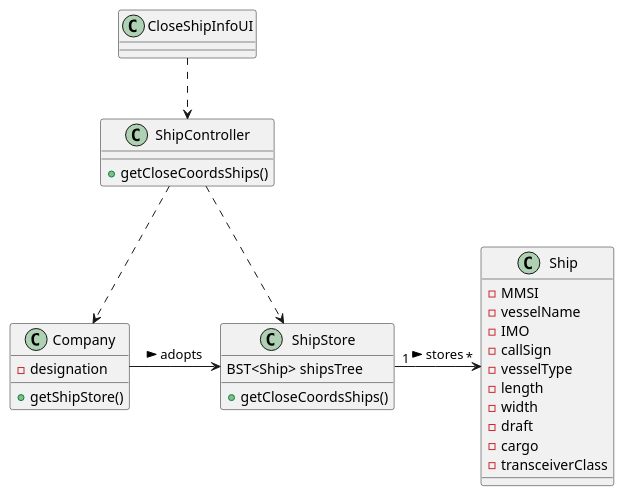
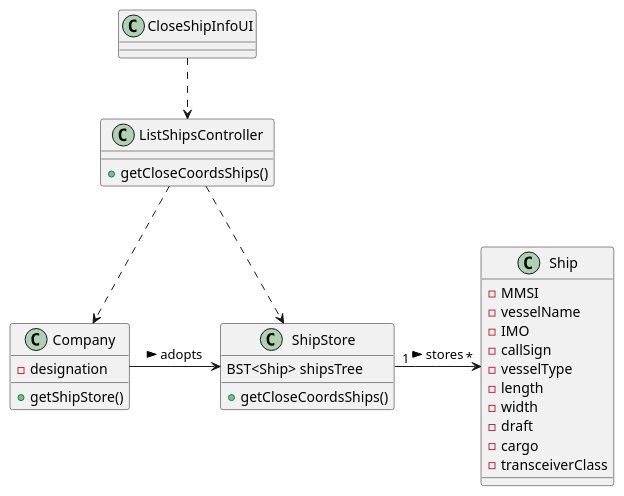
Before and after one commit to mpoboas/lapr3-2021-g102: the diagram in docs/Sprint1/US107/US107_CD.puml, drawn with PlantUML. The commit also changed 3 other files, not shown here.

```diff
--- a/docs/Sprint1/US107/US107_CD.puml
+++ b/docs/Sprint1/US107/US107_CD.puml
@@ -1,40 +1,40 @@
 @startuml
 'https://plantuml.com/class-diagram
 
 class Company {
 -designation
 +getShipStore()
 }
 
 class CloseShipInfoUI {
 }
 
-class ShipController {
+class ListShipsController {
 +getCloseCoordsShips()
 }
 
 class ShipStore {
 BST<Ship> shipsTree
 +getCloseCoordsShips()
 }
 
 class Ship {
 -MMSI
 -vesselName
 -IMO
 -callSign
 -vesselType
 -length
 -width
 -draft
 -cargo
 -transceiverClass
 }
 
-CloseShipInfoUI ..> ShipController
+CloseShipInfoUI ..> ListShipsController
 Company -> ShipStore : adopts >
 ShipStore "1" ->  "*" Ship: stores >
-ShipController ..> Company
-ShipController ..> ShipStore
+ListShipsController ..> Company
+ListShipsController ..> ShipStore
 
 @enduml
```
